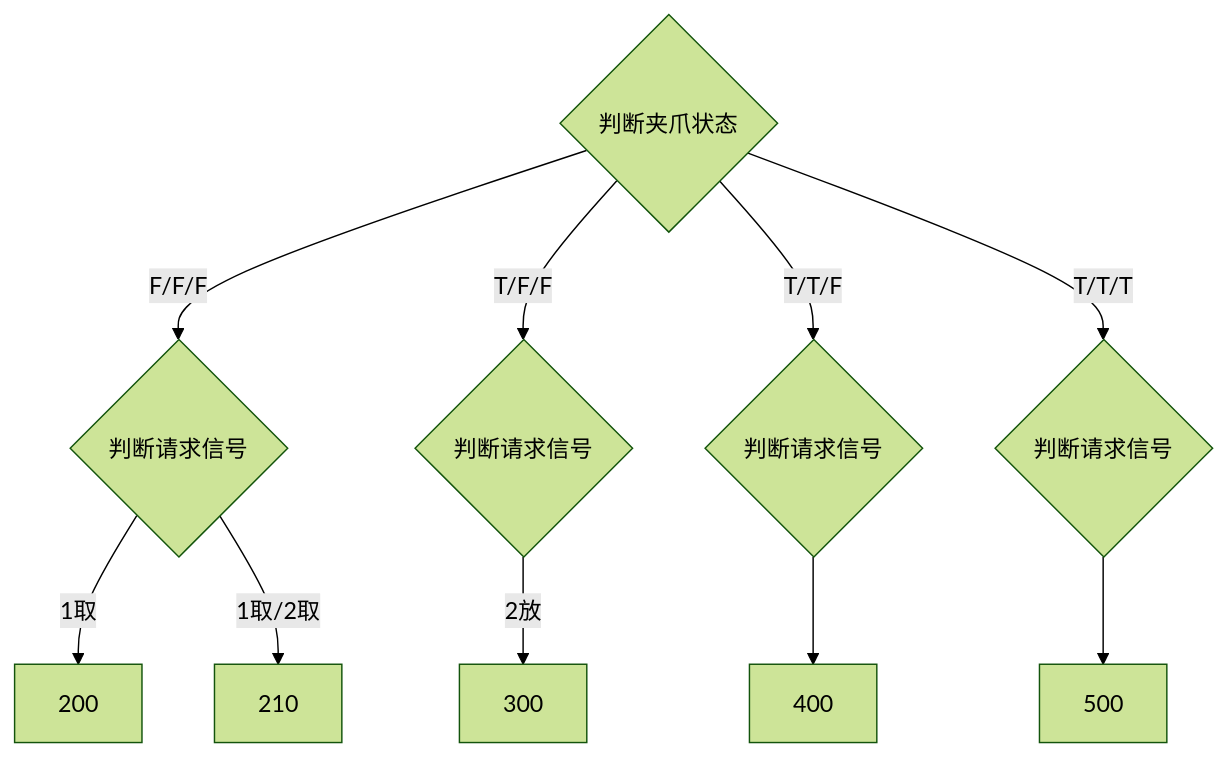
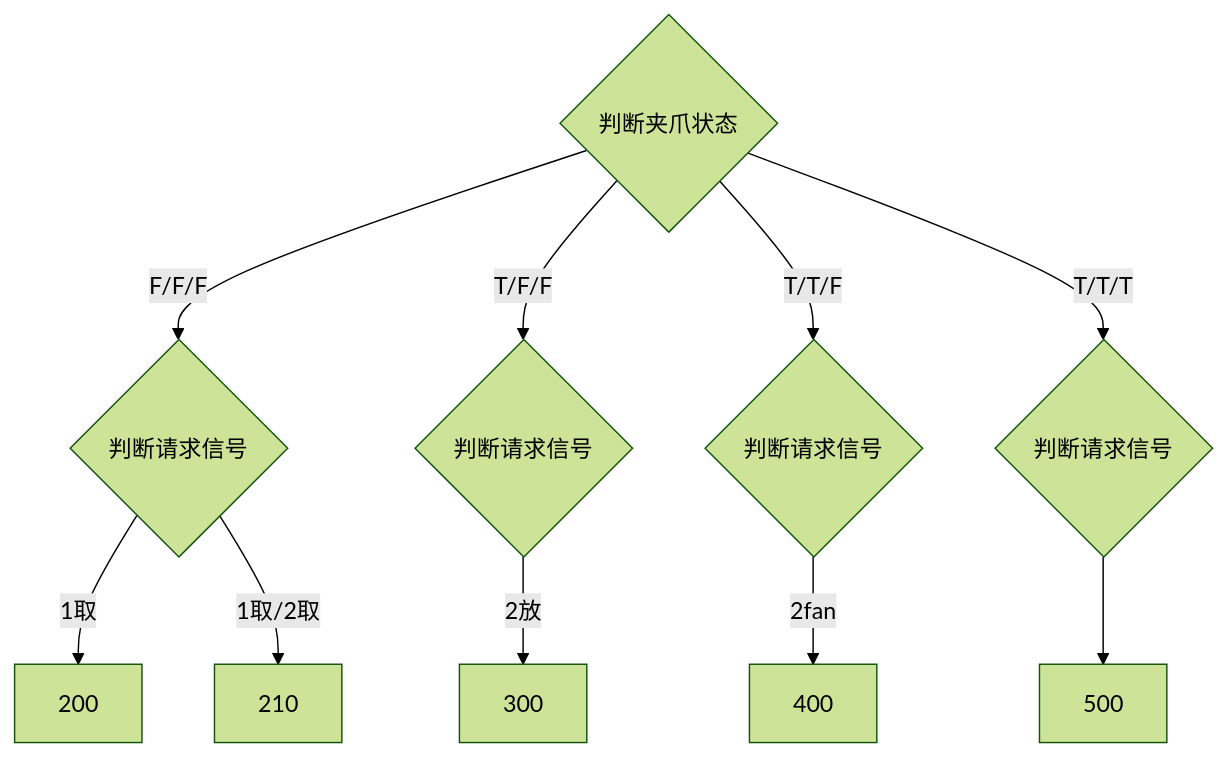
One commit to zmq000/iodraw-files changed the diagram in all/未命名.md. Above: the diagram before and after it, drawn with Mermaid (forest theme).

Commit message:
2026-06-18 11:53:47 update

````diff
--- a/all/未命名.md
+++ b/all/未命名.md
@@ -1,14 +1,14 @@
 ```mermaid
 graph TD
 10{判断夹爪状态}-->|F/F/F|20
 10-->|T/F/F|30
 10-->|T/T/F|40
 10-->|T/T/T|50
 
 20{判断请求信号}-->|1取|200
 20-->|1取/2取|210
 30{判断请求信号}-->|2放|300
-40{判断请求信号}-->400
+40{判断请求信号}-->|2fan|400
 
 50{判断请求信号}-->500
 ```
````
